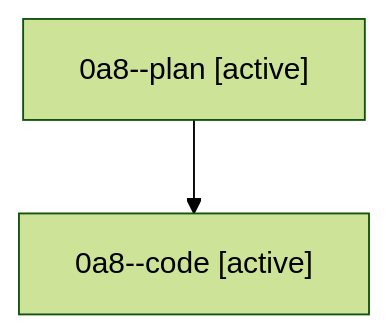
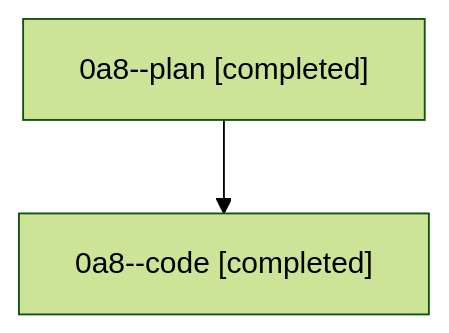
One commit to sase-org/sase--agents changed the diagram in families/bbugyi200.athena.0a8.md. Above: the diagram before and after it, drawn with Mermaid (forest theme). The commit also changed other lines of this file and 14 other files, not shown here.

````diff
--- a/families/bbugyi200.athena.0a8.md
+++ b/families/bbugyi200.athena.0a8.md
@@ -9,6 +9,6 @@
 ```mermaid
 flowchart TD
-  n0["0a8--plan [active]"]
-  n1["0a8--code [active]"]
+  n0["0a8--plan [completed]"]
+  n1["0a8--code [completed]"]
   n0 --> n1
 ```
````
